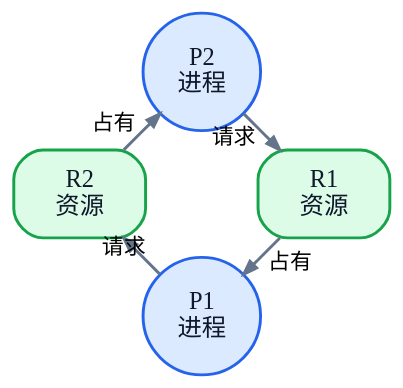
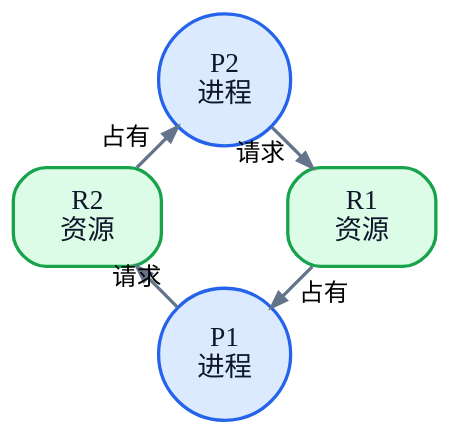
The diagram in 01_综合知识/01_计算机基础知识/02_操作系统/死锁与银行家算法.md (74262195/system-architect-notes), drawn with Graphviz before and after one commit.

Commit message:
适度放大死锁资源分配图

````diff
--- a/01_综合知识/01_计算机基础知识/02_操作系统/死锁与银行家算法.md
+++ b/01_综合知识/01_计算机基础知识/02_操作系统/死锁与银行家算法.md
@@ -93,18 +93,18 @@
 ```dot
 digraph ResourceAllocationGraph {
-  graph [layout=circo, bgcolor="transparent", pad=0.05, margin=0, nodesep=0.15, overlap=false, ratio=compress, size="3.2,3.2!"]
+  graph [layout=circo, bgcolor="transparent", pad=0.05, margin=0, nodesep=0.15, overlap=false, ratio=compress, size="3.6,3.6!"]
   node [fontname="PingFang SC", fontsize=10, style="filled", penwidth=1.2, color="#334155", fontcolor="#0F172A", margin="0.1,0.06"]
   edge [fontname="PingFang SC", fontsize=9, color="#64748B", penwidth=1.2, arrowsize=0.55]
 
   P1 [label="P1\n进程", shape=circle, fillcolor="#DBEAFE", color="#2563EB"]
   P2 [label="P2\n进程", shape=circle, fillcolor="#DBEAFE", color="#2563EB"]
   R1 [label="R1\n资源", shape=box, style="rounded,filled", fillcolor="#DCFCE7", color="#16A34A"]
   R2 [label="R2\n资源", shape=box, style="rounded,filled", fillcolor="#DCFCE7", color="#16A34A"]
 
   P1 -> R2 [label="请求"]
   R2 -> P2 [label="占有"]
   P2 -> R1 [label="请求"]
   R1 -> P1 [label="占有"]
 
 }
 ```
````
